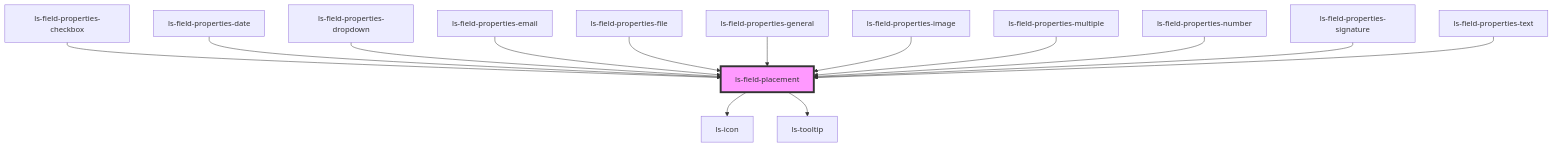
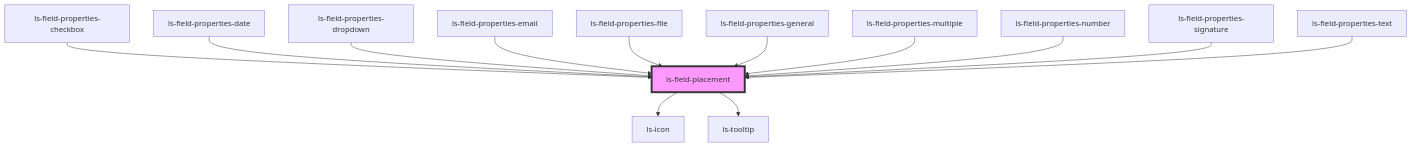
Before and after one commit to legalesign/ls-document-viewer: the diagram in src/components/ls-field-placement/readme.md, drawn with Mermaid. The commit also changed other lines of this file and 30 other files, not shown here.

````diff
--- a/src/components/ls-field-placement/readme.md
+++ b/src/components/ls-field-placement/readme.md
@@ -45,17 +44,16 @@
 ```mermaid
 graph TD;
   ls-field-placement --> ls-icon
   ls-field-placement --> ls-tooltip
   ls-field-properties-checkbox --> ls-field-placement
   ls-field-properties-date --> ls-field-placement
   ls-field-properties-dropdown --> ls-field-placement
   ls-field-properties-email --> ls-field-placement
   ls-field-properties-file --> ls-field-placement
   ls-field-properties-general --> ls-field-placement
-  ls-field-properties-image --> ls-field-placement
   ls-field-properties-multiple --> ls-field-placement
   ls-field-properties-number --> ls-field-placement
   ls-field-properties-signature --> ls-field-placement
   ls-field-properties-text --> ls-field-placement
   style ls-field-placement fill:#f9f,stroke:#333,stroke-width:4px
 ```
````
